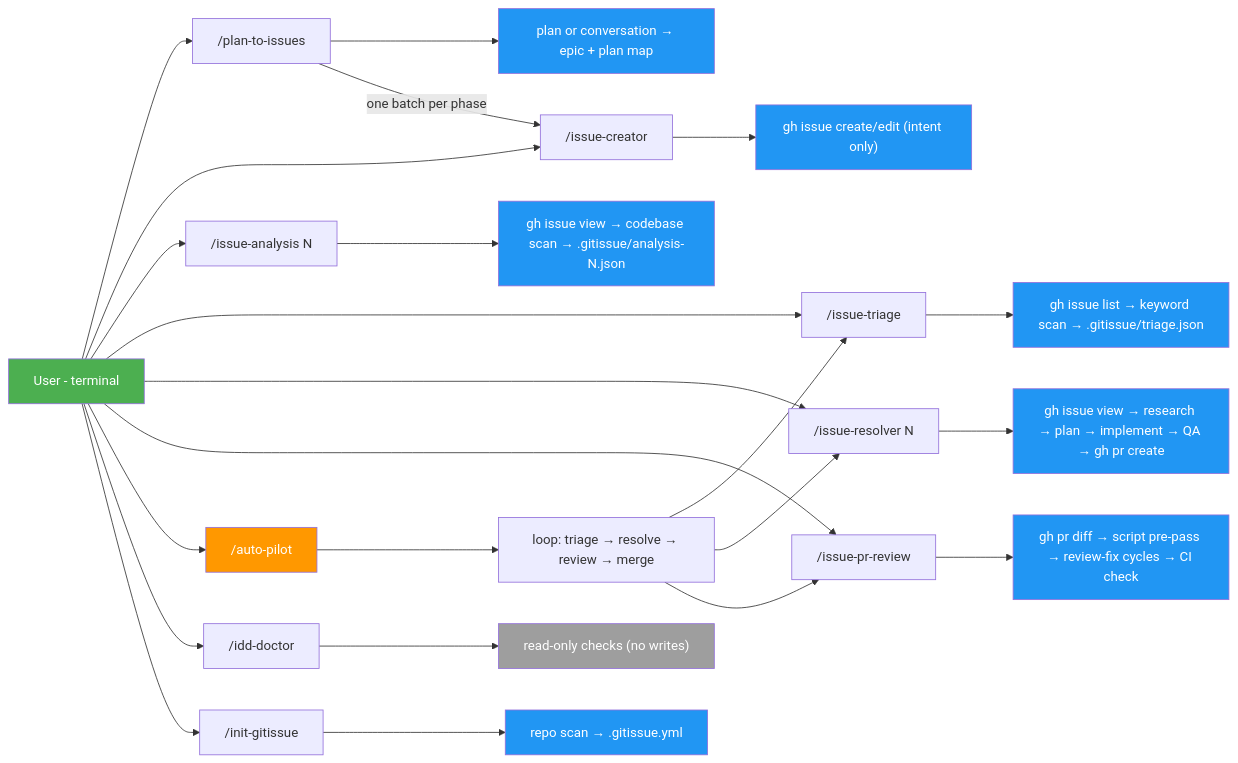
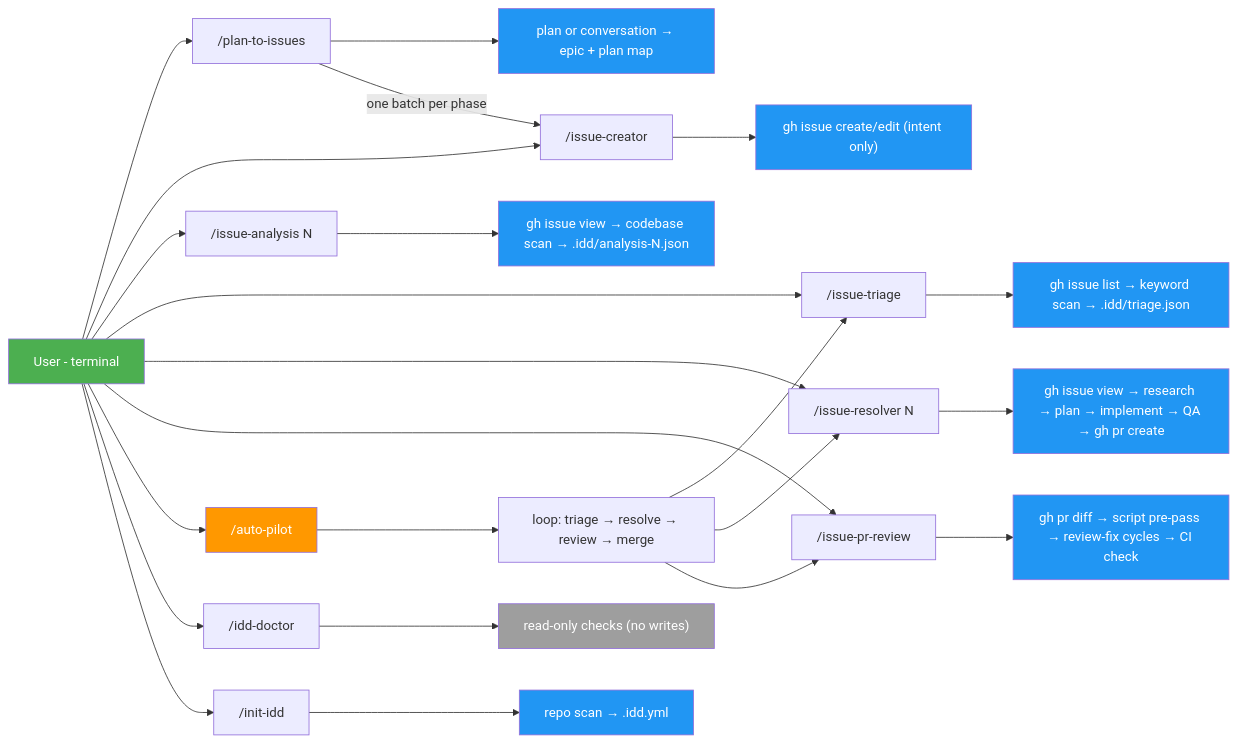
The first of 4 diagrams in docs/ARCHITECTURE.md (luongnv89/idd), drawn with Mermaid before and after one commit. The commit also changed other lines of this file and 370 other files, not shown here.

First line of the commit message:
refactor(naming): rename gitissue to idd across config, init skill, and references (#537) (#538)

````diff
--- a/docs/ARCHITECTURE.md
+++ b/docs/ARCHITECTURE.md
@@ -11,37 +11,37 @@
 ```mermaid
 graph LR
     U[User - terminal] --> PI["/plan-to-issues"]
     U --> IC["/issue-creator"]
     U --> IA["/issue-analysis N"]
     U --> IT["/issue-triage"]
     U --> IR["/issue-resolver N"]
     U --> PR["/issue-pr-review"]
     U --> AP["/auto-pilot"]
     U --> ID["/idd-doctor"]
-    U --> IG["/init-gitissue"]
+    U --> IG["/init-idd"]
 
     PI --> G8["plan or conversation → epic + plan map"]
     PI --> |"one batch per phase"| IC
     IC --> G1["gh issue create/edit (intent only)"]
-    IA --> G5["gh issue view → codebase scan → .gitissue/analysis-N.json"]
-    IT --> G3["gh issue list → keyword scan → .gitissue/triage.json"]
+    IA --> G5["gh issue view → codebase scan → .idd/analysis-N.json"]
+    IT --> G3["gh issue list → keyword scan → .idd/triage.json"]
     IR --> G2["gh issue view → research → plan → implement → QA → gh pr create"]
     PR --> G6["gh pr diff → script pre-pass → review-fix cycles → CI check"]
     AP --> AP2["loop: triage → resolve → review → merge"]
     AP2 --> IT
     AP2 --> IR
     AP2 --> PR
     ID --> G7["read-only checks (no writes)"]
-    IG --> G4["repo scan → .gitissue.yml"]
+    IG --> G4["repo scan → .idd.yml"]
 
     style U fill:#4CAF50,color:#fff
     style AP fill:#FF9800,color:#fff
     style G1 fill:#2196F3,color:#fff
     style G2 fill:#2196F3,color:#fff
     style G3 fill:#2196F3,color:#fff
     style G4 fill:#2196F3,color:#fff
     style G5 fill:#2196F3,color:#fff
     style G6 fill:#2196F3,color:#fff
     style G7 fill:#9E9E9E,color:#fff
     style G8 fill:#2196F3,color:#fff
 ```
````
